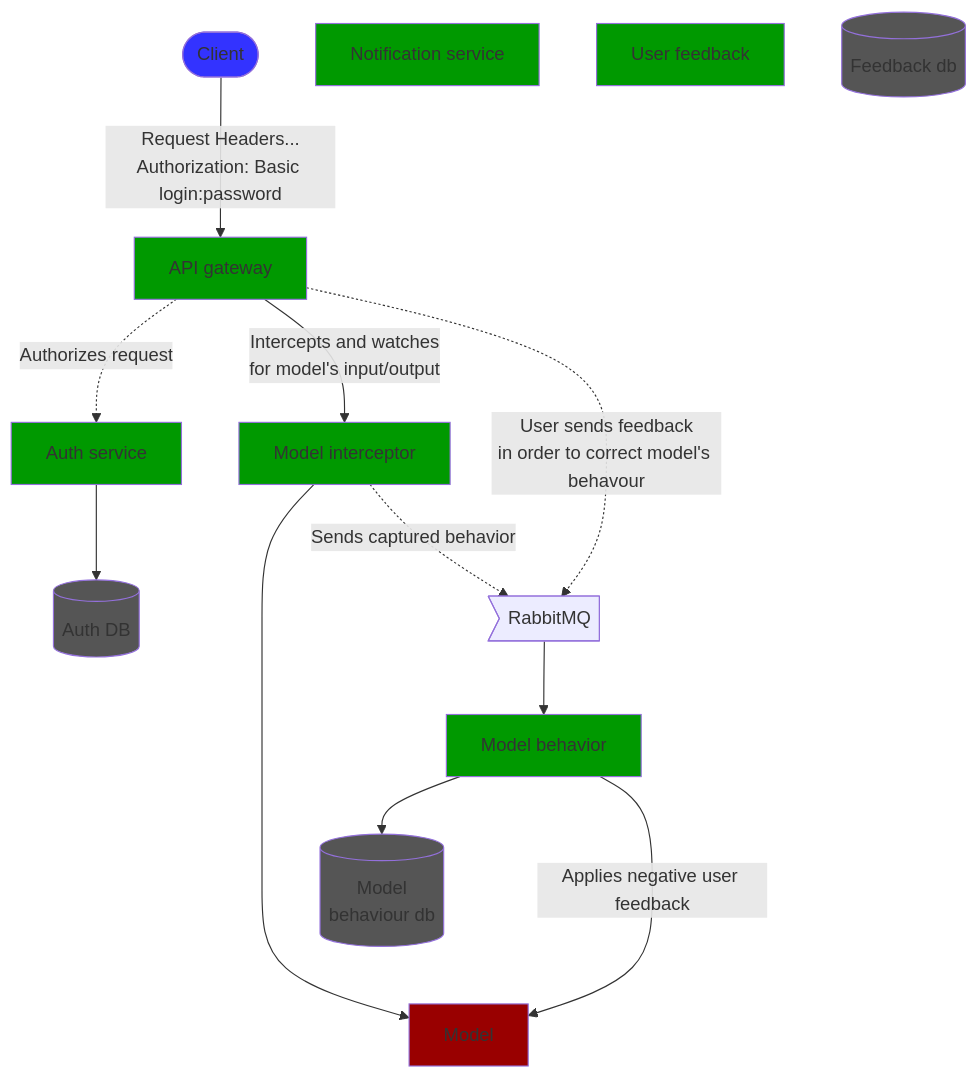
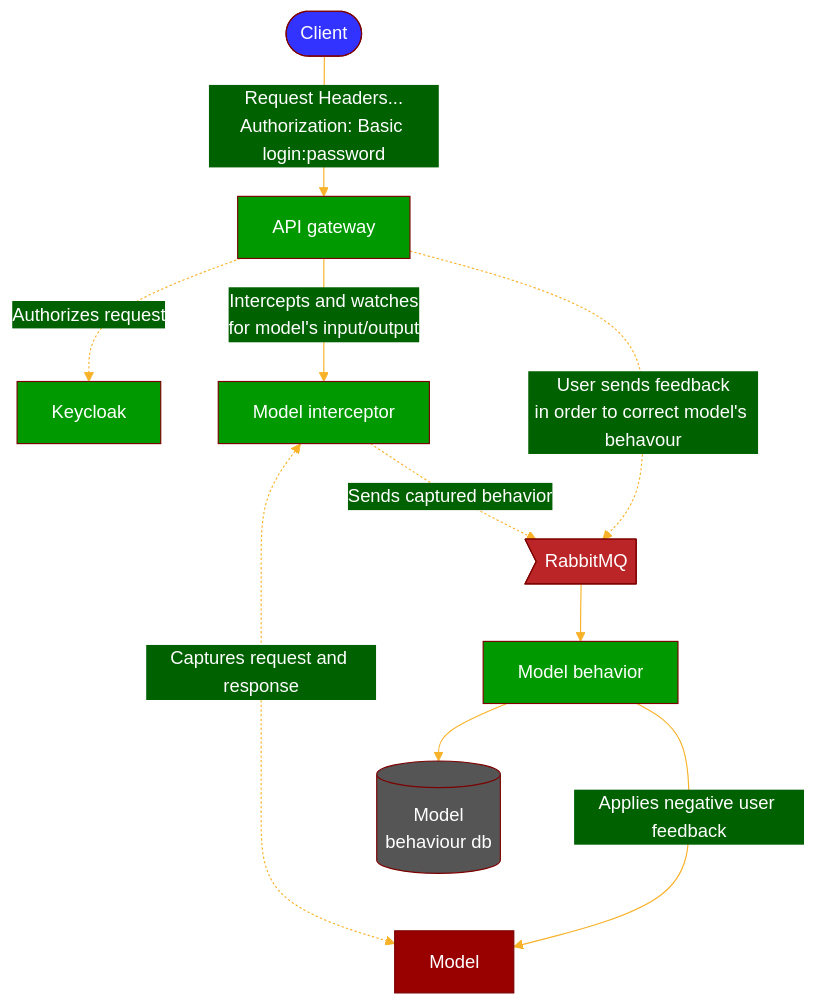
The first of 2 diagrams in README.md (banzai-team/marketing_bot), drawn with Mermaid before and after one commit. The commit also changed other lines of this file, not shown here.

Commit message:
brief api description README update

````diff
--- a/README.md
+++ b/README.md
@@ -23,43 +18,48 @@
 ```mermaid
+%%{
+    init: {
+    'theme': 'base',
+    'themeVariables': {
+      'primaryColor': '#BB2528',
+      'primaryTextColor': '#fff',
+      'primaryBorderColor': '#7C0000',
+      'lineColor': '#F8B229',
+      'secondaryColor': '#006100',
+      'tertiaryColor': '#fff',
+      'background': '#fff'
+    }
+  }
+}%%
 flowchart TD
 client(["Client"])
 api_gateway["API gateway"]
-auth["Auth service"]
-auth_db[("Auth DB")]
+auth["Keycloak"]
 model_api["Model"]
 model_interceptor["Model interceptor"]
 model_behavior["Model behavior"]
 model_behavior_db[("Model 
 behaviour db")]
 rmq>RabbitMQ]
-notification_service["Notification service"]
-user_feedback["User feedback"]
-feendback_db[("Feedback db")]
 
 
 client-->|Request Headers...
 Authorization: Basic login:password|api_gateway
 api_gateway-.Authorizes request.->auth
-auth-->auth_db
 api_gateway--"Intercepts and watches 
 for model's input/output"-->model_interceptor
 api_gateway-."User sends feedback
 in order to correct model's behavour".->rmq
-model_interceptor---->model_api
+model_interceptor<-."Captures request and response".->model_api
 model_interceptor-."Sends captured behavior".->rmq
 rmq-->model_behavior
 model_behavior --> model_behavior_db
 model_behavior--"Applies negative user feedback"--->model_api
 
 style client fill:#33F
 style model_api fill:#900
 style auth fill:#090
 style model_interceptor fill:#090
 style api_gateway fill:#090
 style model_behavior fill:#090
-style notification_service fill:#090
-style user_feedback fill:#090
-style auth_db fill:#555
 style model_behavior_db fill:#555
-style feendback_db fill:#555
 ```
````
